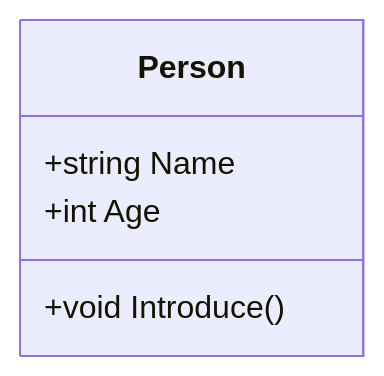
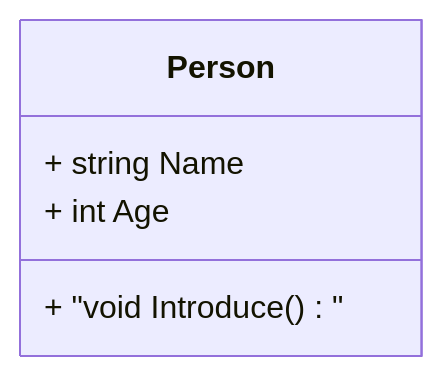
One commit to 42jerrykim/42jerrykim.github.io changed diagram 12 of 17 in content/post/2024/2024-10-16-csharp-object-oriented/index.md. Above: the diagram before and after it, drawn with Mermaid. The commit also changed other lines of this file and 239 other files, not shown here.

````diff
--- a/content/post/2024/2024-10-16-csharp-object-oriented/index.md
+++ b/content/post/2024/2024-10-16-csharp-object-oriented/index.md
@@ -1158,8 +993,8 @@
 ```mermaid
 classDiagram
     class Person {
-        +string Name
-        +int Age
-        +void Introduce()
+        + string Name
+        + int Age
+        + "void Introduce()"
     }
 ```
````
